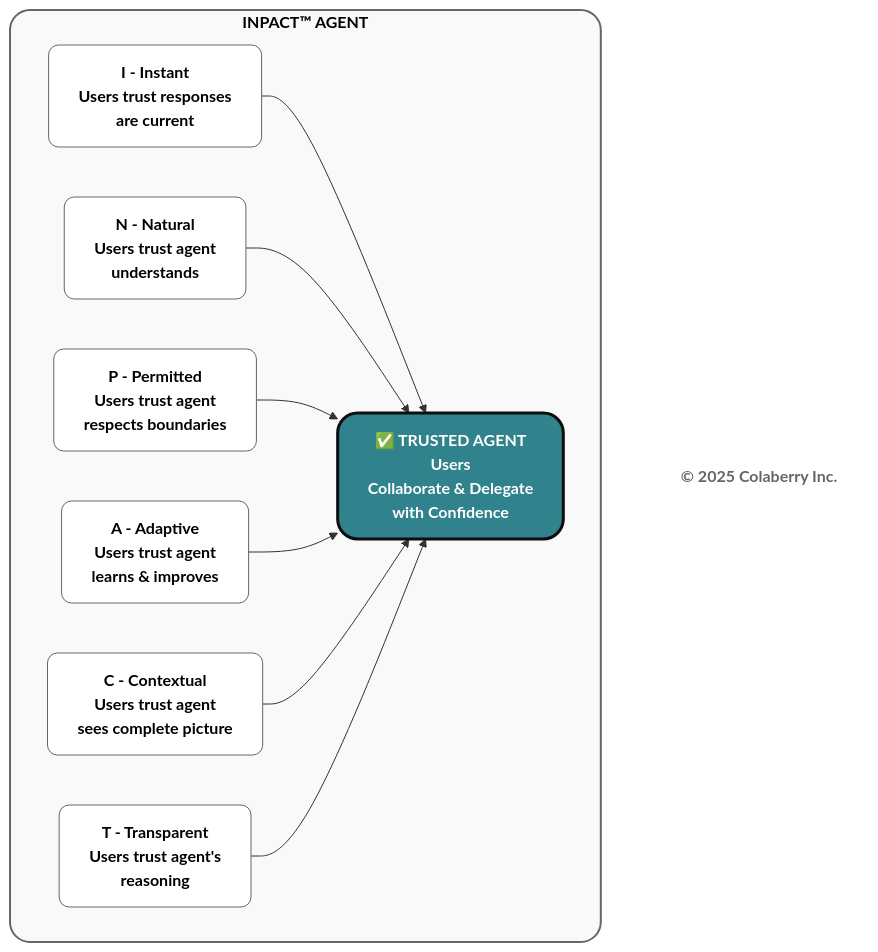
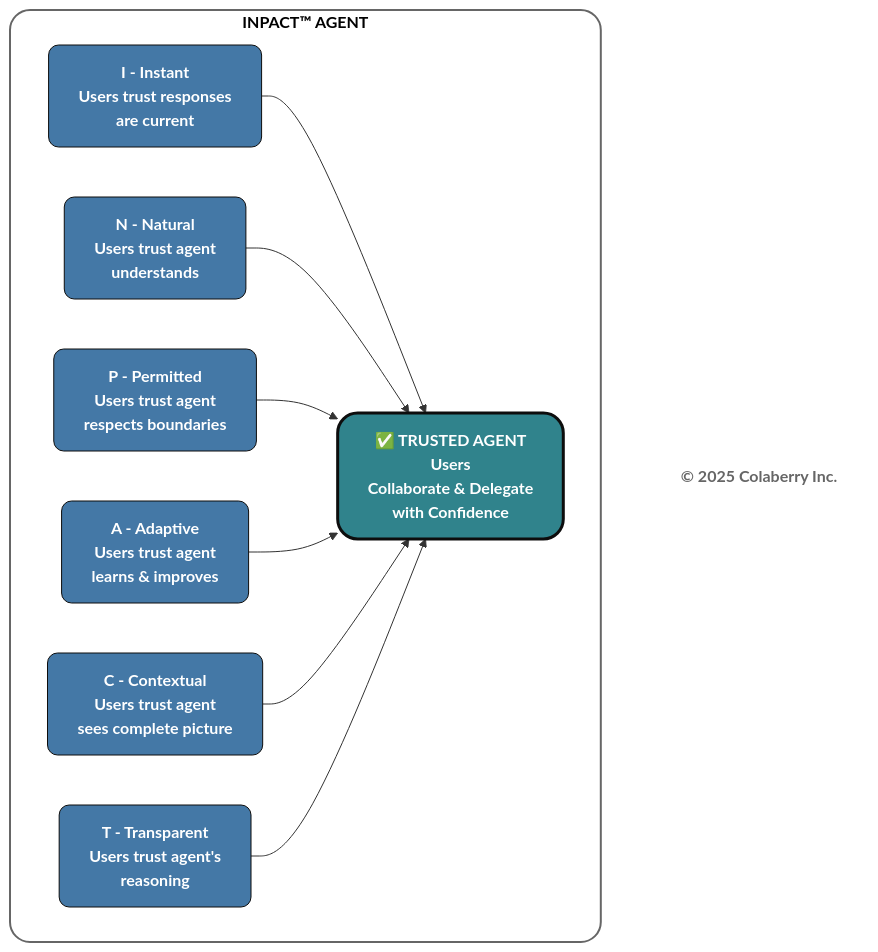
Before and after one commit to saitejesh-cyber/trust-before-intelligence-book: the fourth of 12 diagrams in manuscript/03_chapter_2_inpact_framework.md, drawn with Mermaid. The commit also changed other lines of this file, not shown here.

````diff
--- a/manuscript/03_chapter_2_inpact_framework.md
+++ b/manuscript/03_chapter_2_inpact_framework.md
@@ -237,38 +237,39 @@
 ```mermaid
 graph TB
     subgraph BOX["<b>INPACT™ AGENT</b>"]
         I["<b>I - Instant</b><br/><b>Users trust responses<br/> are current</b>"]
         N["<b>N - Natural</b><br/><b>Users trust agent<br/> understands</b>"]
         P["<b>P - Permitted</b><br/><b>Users trust agent<br/> respects boundaries</b>"]
         A["<b>A - Adaptive</b><br/><b>Users trust agent<br/> learns & improves</b>"]
         C["<b>C - Contextual</b><br/><b>Users trust agent<br/> sees complete picture</b>"]
         T["<b>T - Transparent</b><br/><b>Users trust agent's<br/> reasoning</b>"]
         
         TRUST["<b>✅ TRUSTED AGENT</b><br/><b>Users<br/> Collaborate & Delegate<br/> with Confidence</b>"]
         
         I --> TRUST
         N --> TRUST
         P --> TRUST
         A --> TRUST
         C --> TRUST
         T --> TRUST
     end
     
     COPYRIGHT["<b>© 2025 Colaberry Inc.</b>"]
     
-    %% ⚪ INPACT™ DEFINITION — NEUTRAL
-    style BOX fill:#f9f9f9,stroke:#666666,stroke-width:2px,color:#000000,rx:20,ry:20
+    %% ⚪ CONTAINER — NEUTRAL
+    style BOX fill:#ffffff,stroke:#666666,stroke-width:2px,color:#000000,rx:20,ry:20
     
-    style I fill:#ffffff,stroke:#666666,stroke-width:1px,color:#000000,rx:10,ry:10
-    style N fill:#ffffff,stroke:#666666,stroke-width:1px,color:#000000,rx:10,ry:10
-    style P fill:#ffffff,stroke:#666666,stroke-width:1px,color:#000000,rx:10,ry:10
-    style A fill:#ffffff,stroke:#666666,stroke-width:1px,color:#000000,rx:10,ry:10
-    style C fill:#ffffff,stroke:#666666,stroke-width:1px,color:#000000,rx:10,ry:10
-    style T fill:#ffffff,stroke:#666666,stroke-width:1px,color:#000000,rx:10,ry:10
+    %% 🔵 INPACT™ NEEDS — DEFINITION / BECOMING
+    style I fill:#4478A6,stroke:#0D0D0D,stroke-width:1px,color:#ffffff,rx:10,ry:10
+    style N fill:#4478A6,stroke:#0D0D0D,stroke-width:1px,color:#ffffff,rx:10,ry:10
+    style P fill:#4478A6,stroke:#0D0D0D,stroke-width:1px,color:#ffffff,rx:10,ry:10
+    style A fill:#4478A6,stroke:#0D0D0D,stroke-width:1px,color:#ffffff,rx:10,ry:10
+    style C fill:#4478A6,stroke:#0D0D0D,stroke-width:1px,color:#ffffff,rx:10,ry:10
+    style T fill:#4478A6,stroke:#0D0D0D,stroke-width:1px,color:#ffffff,rx:10,ry:10
     
     %% 🟢 TRUST — PROVEN OUTCOME
     style TRUST fill:#30838C,stroke:#0D0D0D,stroke-width:3px,color:#ffffff,rx:20,ry:20
     
     %% FOOTER
     style COPYRIGHT fill:none,stroke:none,color:#666666
 ```
````
